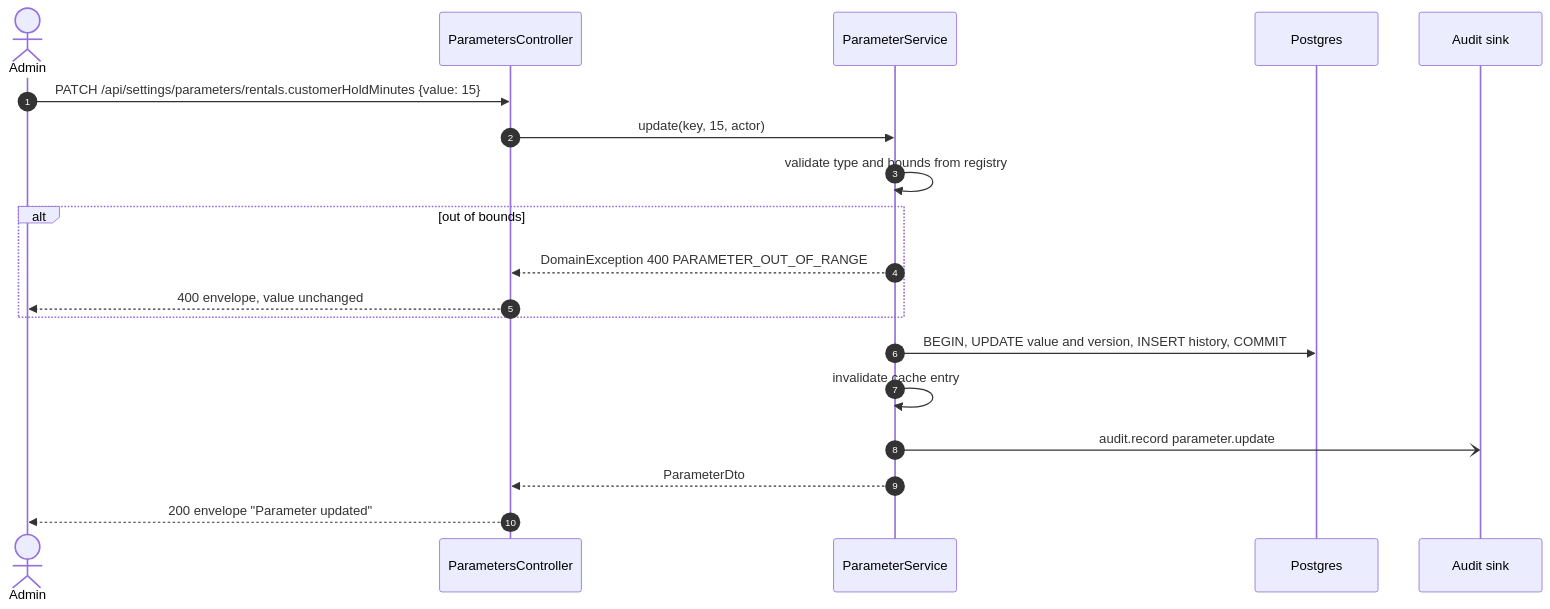
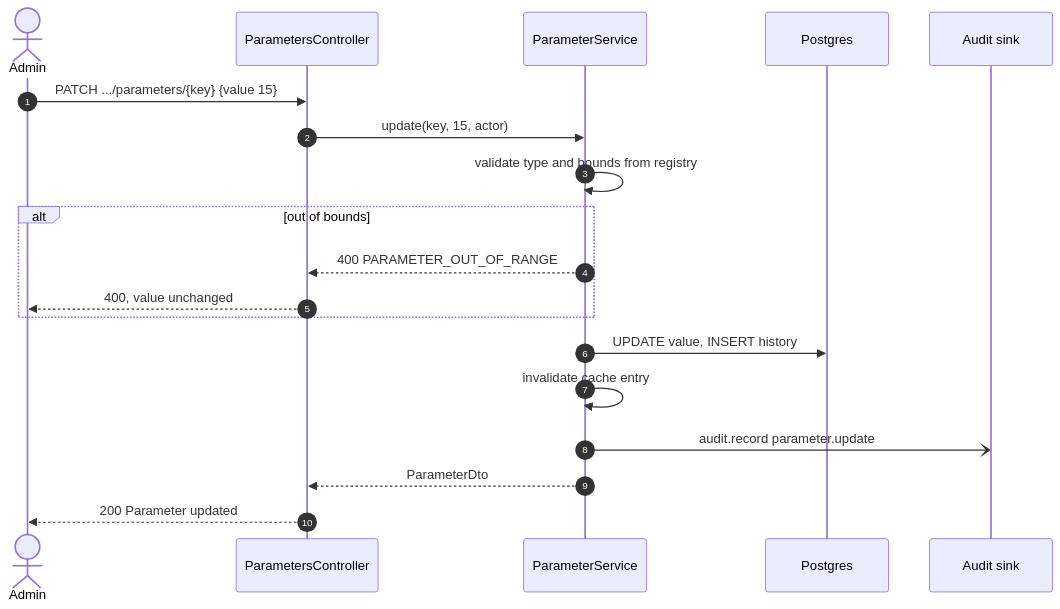
One commit to TrekLink-Team/treklink-web changed diagram 11 of 11 in specs/platform/design.md. Above: the diagram before and after it, drawn with Mermaid. The commit also changed other lines of this file and 30 other files, not shown here.

First line of the commit message:
docs(rentals): specify bookings, device holds, agreements, check-out and return

````diff
--- a/specs/platform/design.md
+++ b/specs/platform/design.md
@@ -697,21 +642,21 @@
 ```mermaid
 sequenceDiagram
     autonumber
     actor Admin
     participant C as ParametersController
     participant S as ParameterService
     participant DB as Postgres
     participant A as Audit sink
-    Admin->>C: PATCH /api/settings/parameters/rentals.customerHoldMinutes {value: 15}
+    Admin->>C: PATCH .../parameters/{key} {value 15}
     C->>S: update(key, 15, actor)
     S->>S: validate type and bounds from registry
     alt out of bounds
-        S-->>C: DomainException 400 PARAMETER_OUT_OF_RANGE
-        C-->>Admin: 400 envelope, value unchanged
+        S-->>C: 400 PARAMETER_OUT_OF_RANGE
+        C-->>Admin: 400, value unchanged
     end
-    S->>DB: BEGIN, UPDATE value and version, INSERT history, COMMIT
+    S->>DB: UPDATE value, INSERT history
     S->>S: invalidate cache entry
     S-)A: audit.record parameter.update
     S-->>C: ParameterDto
-    C-->>Admin: 200 envelope "Parameter updated"
+    C-->>Admin: 200 Parameter updated
 ```
````
